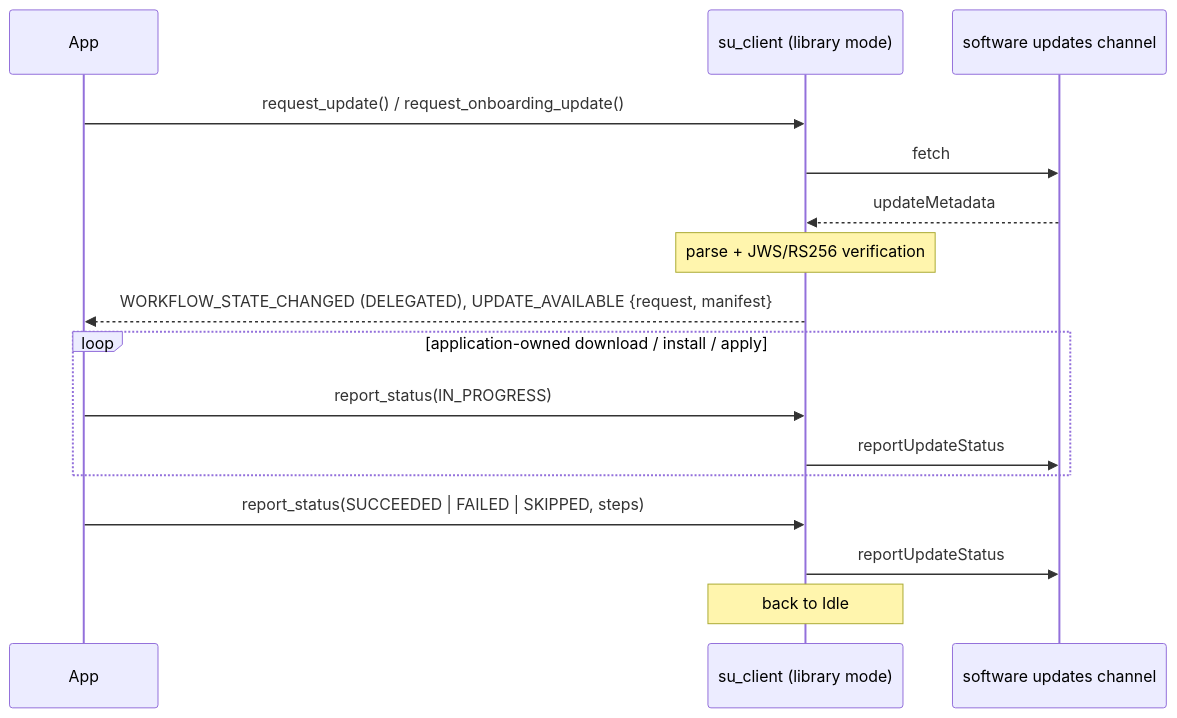
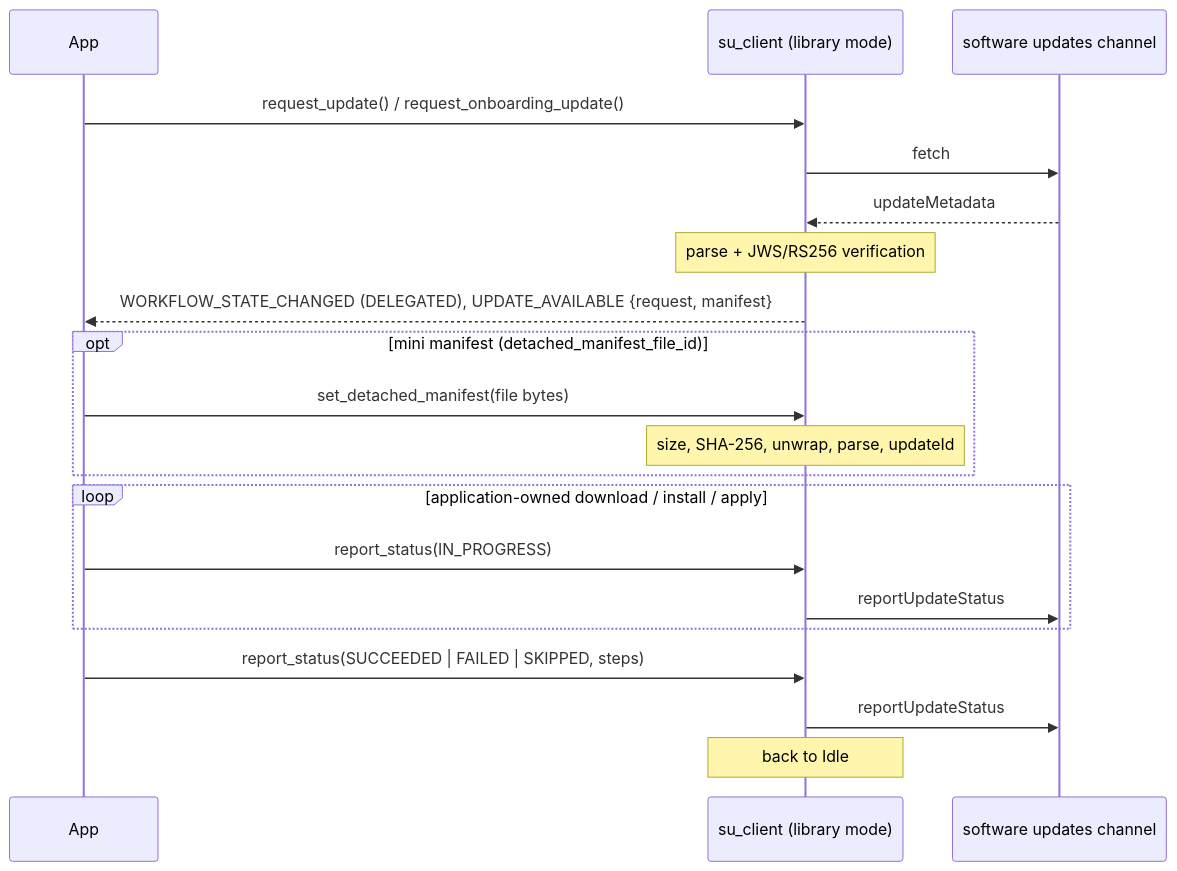
The sixth of 8 diagrams in c/docs/eng/software-updates.md (Azure/azure-iot-sdk), drawn with Mermaid before and after one commit. The commit also changed other lines of this file and 8 other files, not shown here.

````diff
--- a/c/docs/eng/software-updates.md
+++ b/c/docs/eng/software-updates.md
@@ -1442,19 +1459,23 @@
 ```mermaid
 sequenceDiagram
     participant App
     participant SU as su_client (library mode)
     participant Ch as software updates channel
 
     App->>SU: request_update() / request_onboarding_update()
     SU->>Ch: fetch
     Ch-->>SU: updateMetadata
     Note over SU: parse + JWS/RS256 verification
     SU-->>App: WORKFLOW_STATE_CHANGED (DELEGATED), UPDATE_AVAILABLE {request, manifest}
+    opt mini manifest (detached_manifest_file_id)
+        App->>SU: set_detached_manifest(file bytes)
+        Note over SU: size, SHA-256, unwrap, parse, updateId
+    end
     loop application-owned download / install / apply
         App->>SU: report_status(IN_PROGRESS)
         SU->>Ch: reportUpdateStatus
     end
     App->>SU: report_status(SUCCEEDED | FAILED | SKIPPED, steps)
     SU->>Ch: reportUpdateStatus
     Note over SU: back to Idle
 ```
````
